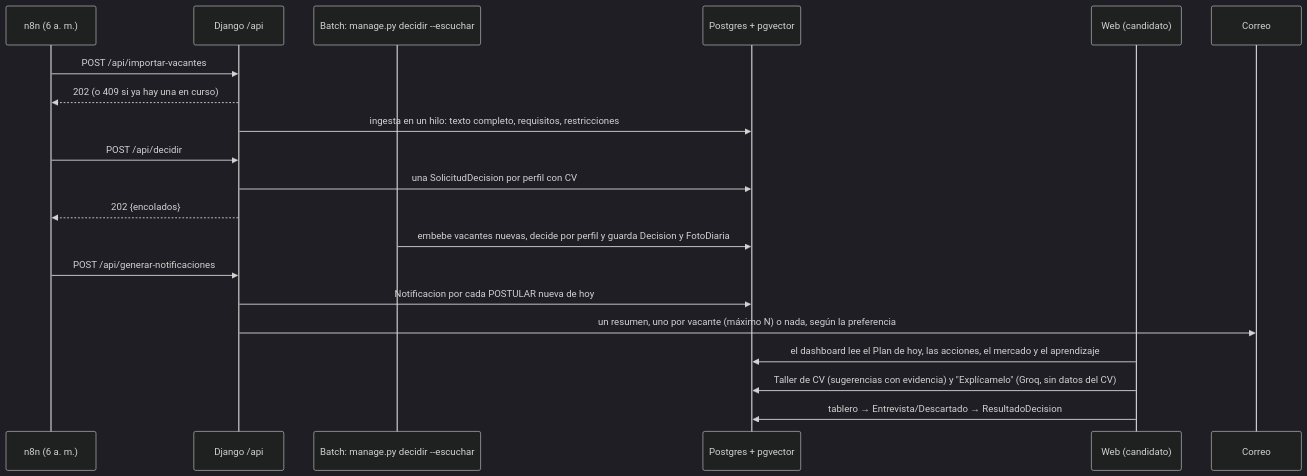
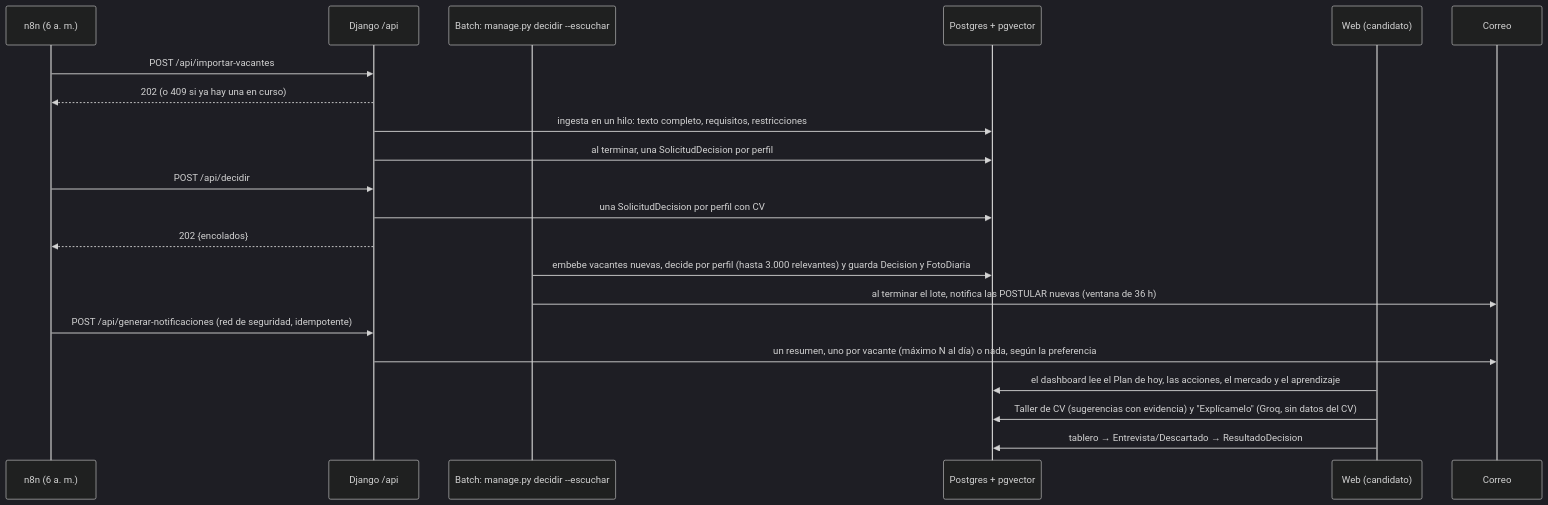
Before and after one commit to alesj1206/Proyecto-Ing-Software: the diagram in docs/fase3/FLUJO.md, drawn with Mermaid (dark theme). The commit also changed 1 other file, not shown here.

Commit message:
docs(n8n): README reescrito para v3 y diagrama del flujo al día

````diff
--- a/docs/fase3/FLUJO.md
+++ b/docs/fase3/FLUJO.md
@@ -3,23 +3,24 @@
 ```mermaid
 sequenceDiagram
     participant N as n8n (6 a. m.)
     participant API as Django /api
     participant B as Batch: manage.py decidir --escuchar
     participant DB as Postgres + pgvector
     participant W as Web (candidato)
     participant M as Correo
 
     N->>API: POST /api/importar-vacantes
     API-->>N: 202 (o 409 si ya hay una en curso)
     API->>DB: ingesta en un hilo: texto completo, requisitos, restricciones
+    API->>DB: al terminar, una SolicitudDecision por perfil
     N->>API: POST /api/decidir
     API->>DB: una SolicitudDecision por perfil con CV
     API-->>N: 202 {encolados}
-    B->>DB: embebe vacantes nuevas, decide por perfil y guarda Decision y FotoDiaria
-    N->>API: POST /api/generar-notificaciones
-    API->>DB: Notificacion por cada POSTULAR nueva de hoy
-    API->>M: un resumen, uno por vacante (máximo N) o nada, según la preferencia
+    B->>DB: embebe vacantes nuevas, decide por perfil (hasta 3.000 relevantes) y guarda Decision y FotoDiaria
+    B->>M: al terminar el lote, notifica las POSTULAR nuevas (ventana de 36 h)
+    N->>API: POST /api/generar-notificaciones (red de seguridad, idempotente)
+    API->>M: un resumen, uno por vacante (máximo N al día) o nada, según la preferencia
     W->>DB: el dashboard lee el Plan de hoy, las acciones, el mercado y el aprendizaje
     W->>DB: Taller de CV (sugerencias con evidencia) y "Explícamelo" (Groq, sin datos del CV)
     W->>DB: tablero → Entrevista/Descartado → ResultadoDecision
 ```
````
